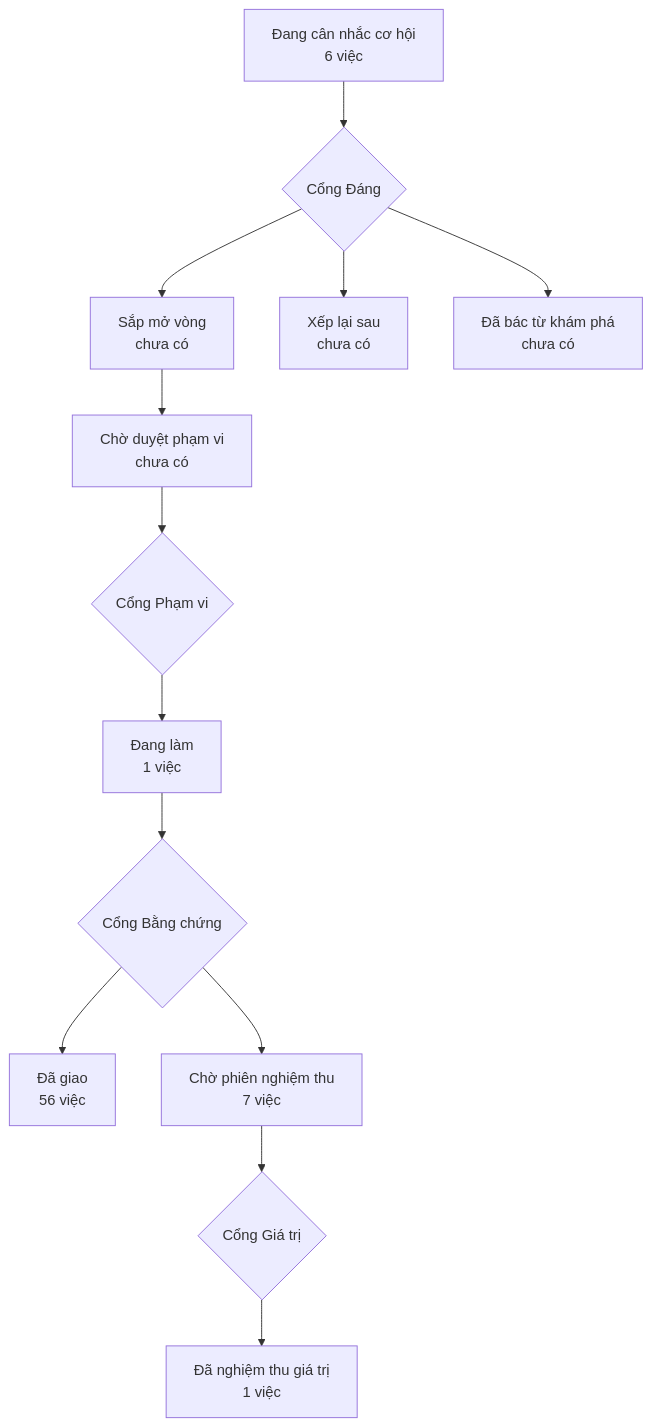
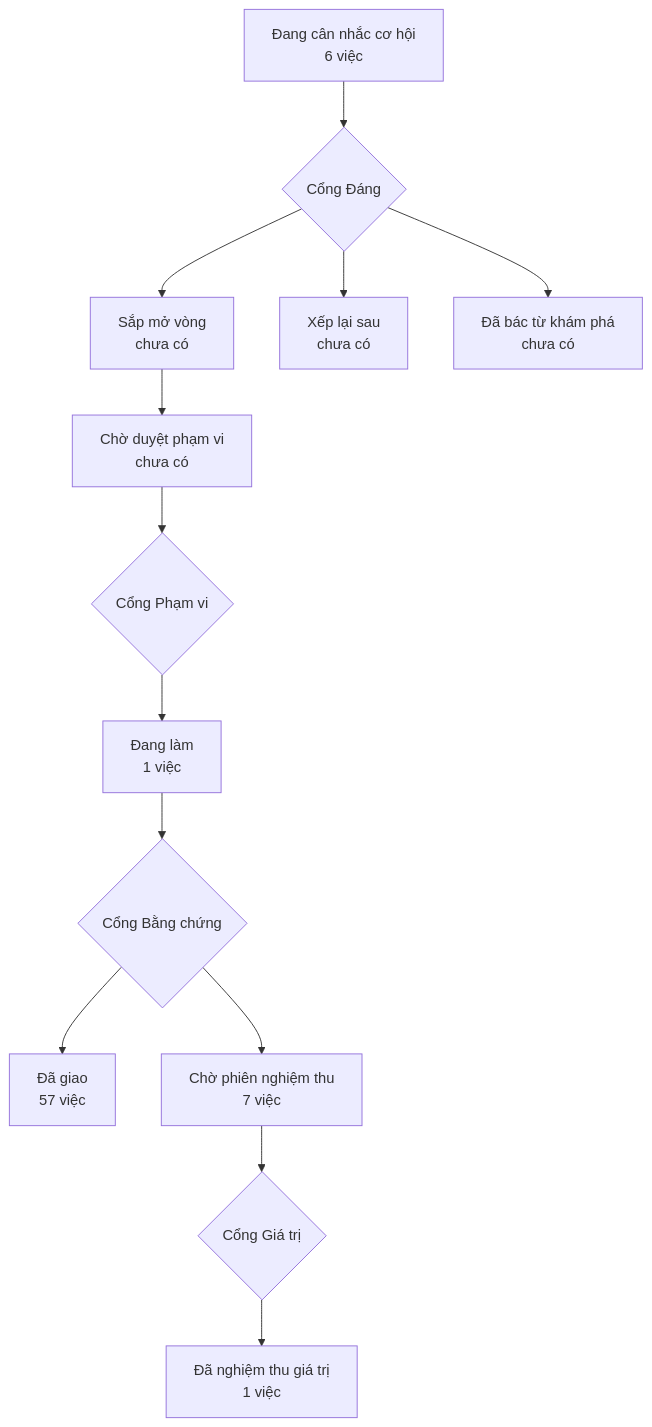
One commit to phanlemanh/crm-onehub changed the diagram in PRODUCT-MAP.md. Above: the diagram before and after it, drawn with Mermaid.

Commit message:
chore: vẽ lại bản đồ sản phẩm sau khi gộp onehub (#97)

````diff
--- a/PRODUCT-MAP.md
+++ b/PRODUCT-MAP.md
@@ -6,12 +6,12 @@
 ```mermaid
 flowchart TD
   A["Đang cân nhắc cơ hội<br/>6 việc"] --> GD{"Cổng Đáng"}
   GD --> B["Sắp mở vòng<br/>chưa có"]
   GD --> XL["Xếp lại sau<br/>chưa có"]
   GD --> DB["Đã bác từ khám phá<br/>chưa có"]
   B --> CD["Chờ duyệt phạm vi<br/>chưa có"] --> GP{"Cổng Phạm vi"}
   GP --> DL["Đang làm<br/>1 việc"] --> GB{"Cổng Bằng chứng"}
-  GB --> DG["Đã giao<br/>56 việc"]
+  GB --> DG["Đã giao<br/>57 việc"]
   GB --> CN["Chờ phiên nghiệm thu<br/>7 việc"] --> GG{"Cổng Giá trị"}
   GG --> NT["Đã nghiệm thu giá trị<br/>1 việc"]
 ```
````
